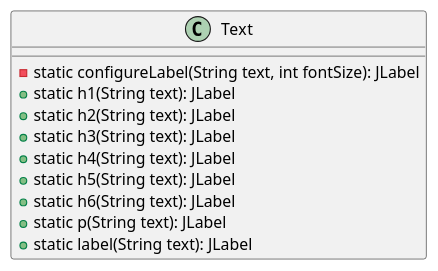
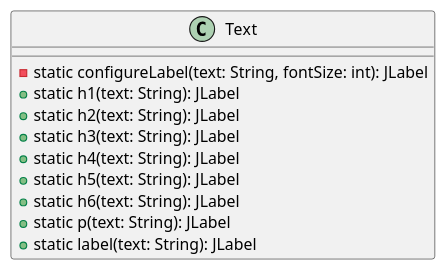
The diagram in src/uml/common/components/Text.puml (GiulianoPoeta99/tpi-gestor-academico), drawn with PlantUML before and after one commit. The commit also changed 10 other files, not shown here.

Commit message:
se corrigio nomenclatura de uml

```diff
--- a/src/uml/common/components/Text.puml
+++ b/src/uml/common/components/Text.puml
@@ -1,15 +1,15 @@
 @startuml
 
 class Text {
-    - static configureLabel(String text, int fontSize): JLabel
-    + static h1(String text): JLabel
-    + static h2(String text): JLabel
-    + static h3(String text): JLabel
-    + static h4(String text): JLabel
-    + static h5(String text): JLabel
-    + static h6(String text): JLabel
-    + static p(String text): JLabel
-    + static label(String text): JLabel
+    - static configureLabel(text: String, fontSize: int): JLabel
+    + static h1(text: String): JLabel
+    + static h2(text: String): JLabel
+    + static h3(text: String): JLabel
+    + static h4(text: String): JLabel
+    + static h5(text: String): JLabel
+    + static h6(text: String): JLabel
+    + static p(text: String): JLabel
+    + static label(text: String): JLabel
 }
 
 @enduml
```
